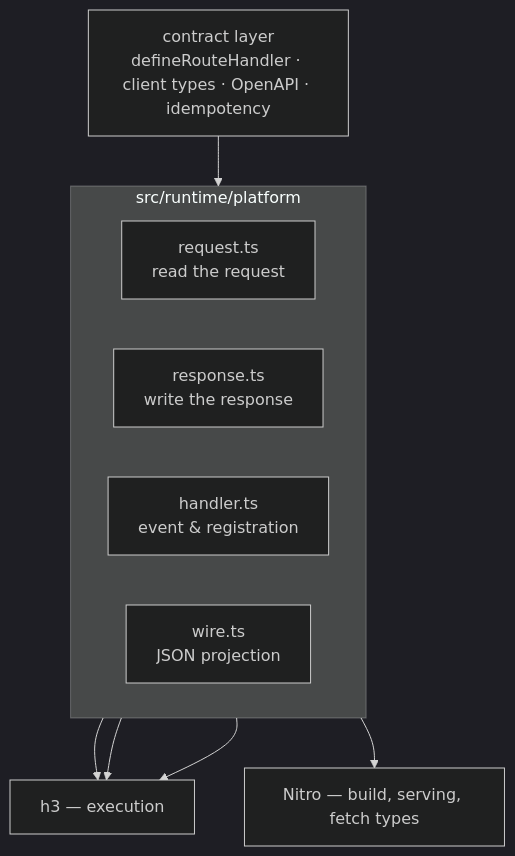
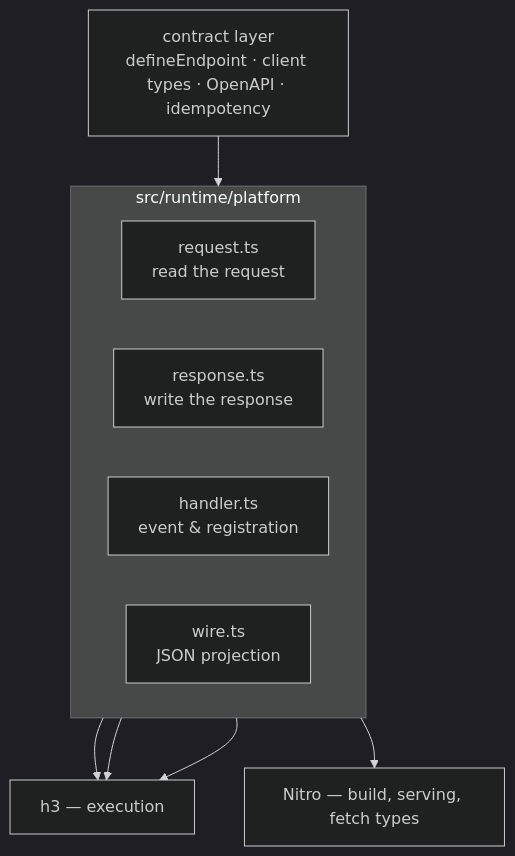
One commit to nuxt-endpoints/nuxt-endpoints changed the diagram in src/runtime/platform/README.md. Above: the diagram before and after it, drawn with Mermaid (dark theme). The commit also changed other lines of this file and 95 other files, not shown here.

````diff
--- a/src/runtime/platform/README.md
+++ b/src/runtime/platform/README.md
@@ -14,19 +14,19 @@
 ```mermaid
 flowchart TB
-    contract["contract layer<br/>defineRouteHandler · client types · OpenAPI · idempotency"]
+    contract["contract layer<br/>defineEndpoint · client types · OpenAPI · idempotency"]
     subgraph seam["src/runtime/platform"]
         direction LR
         request["request.ts<br/>read the request"]
         response["response.ts<br/>write the response"]
         handler["handler.ts<br/>event & registration"]
         wire["wire.ts<br/>JSON projection"]
     end
     h3["h3 — execution"]
     nitro["Nitro — build, serving, fetch types"]
 
     contract --> seam
     request --> h3
     response --> h3
     handler --> h3
     wire --> nitro
 ```
````
